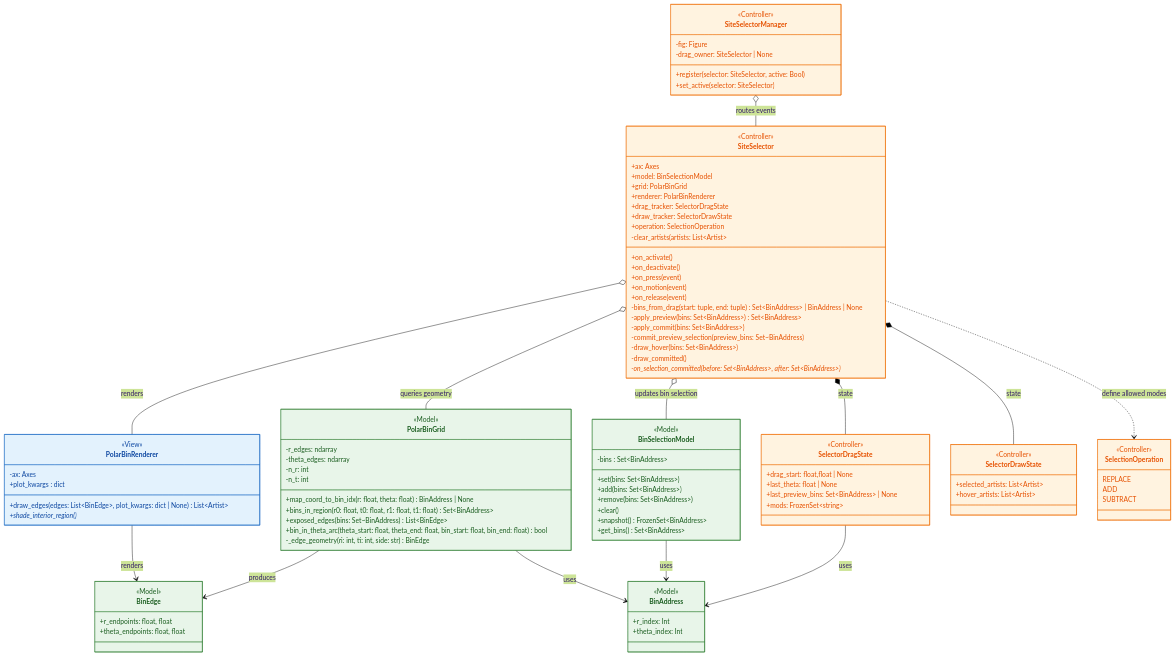
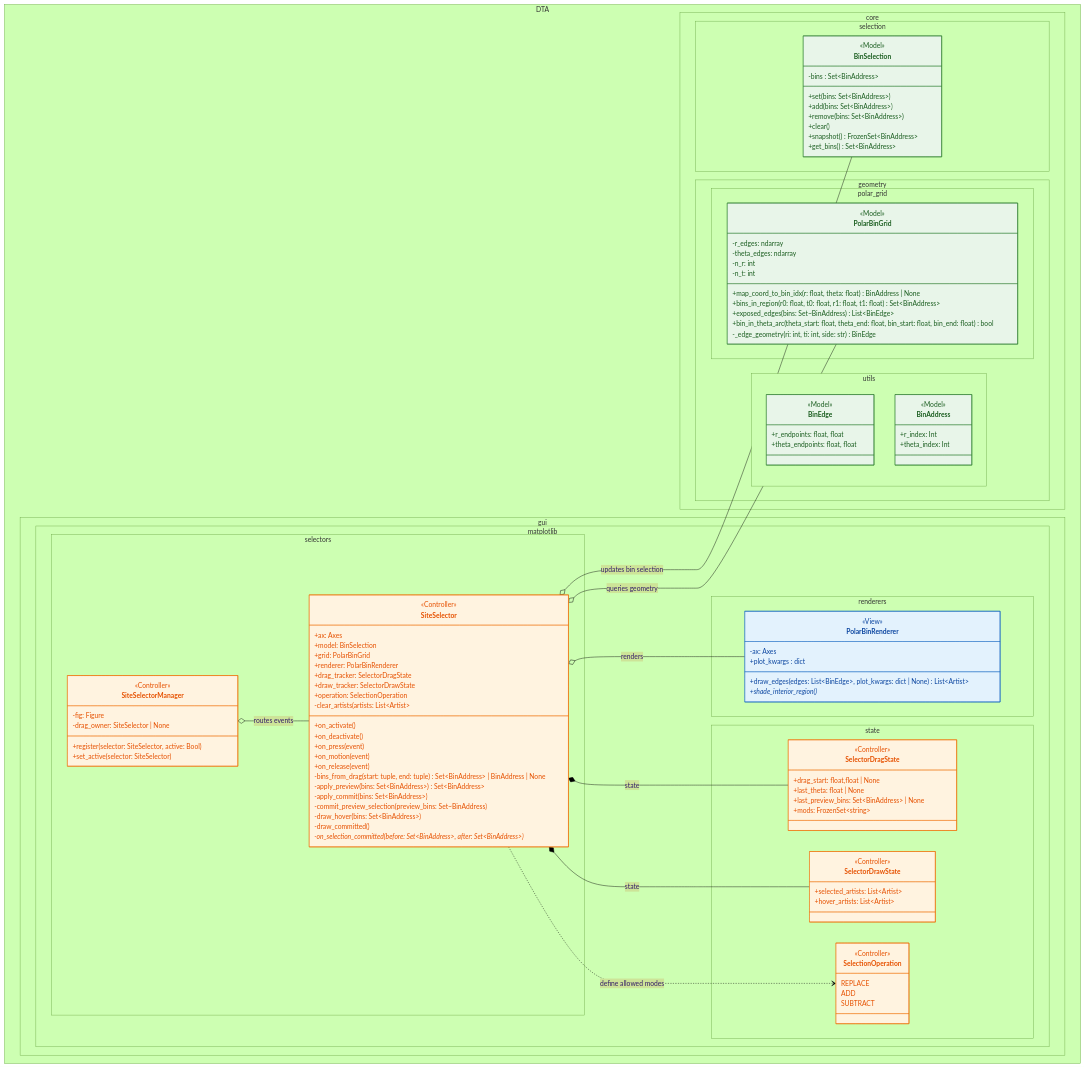
One commit to BranniganLab/density_threshold_affinity changed the first of 2 diagrams in python/DTA/gui/README.md. Above: the diagram before and after it, drawn with Mermaid (forest theme).

Commit message:
change class diagram

```diff
--- a/python/DTA/gui/README.md
+++ b/python/DTA/gui/README.md
@@ -45,7 +45,7 @@
 %% MVC Stereotypes
 %% =========================
 
-class BinSelectionModel:::model
+class BinSelection:::model
 class PolarBinGrid:::model
 class BinEdge:::model
 class BinAddress:::model
@@ -58,7 +58,7 @@
 class SelectorDrawState:::controller
 class SelectionOperation:::controller
 
-<<Model>> BinSelectionModel
+<<Model>> BinSelection
 <<Model>> PolarBinGrid
 <<Model>> BinEdge
 <<Model>> BinAddress
@@ -75,7 +75,8 @@
 %% =========================
 %% Model
 %% =========================
-class BinSelectionModel {
+namespace DTA.core.selection {
+class BinSelection {
     -bins : Set~BinAddress~
     +set(bins: Set~BinAddress~)
     +add(bins: Set~BinAddress~)
@@ -84,7 +85,9 @@
     +snapshot() FrozenSet~BinAddress~
     +get_bins() Set~BinAddress~
 }
+}
 
+namespace DTA.core.geometry.polar_grid {
 class PolarBinGrid {
     -r_edges: ndarray
     -theta_edges: ndarray
@@ -96,7 +99,9 @@
     +bin_in_theta_arc(theta_start: float, theta_end: float, bin_start: float, bin_end: float) bool
     -_edge_geometry(ri: int, ti: int, side: str) BinEdge
 }
+}
 
+namespace DTA.core.geometry.utils {
 class BinEdge {
     +r_endpoints: float, float
     +theta_endpoints: float, float
@@ -106,20 +111,24 @@
     +r_index: Int
     +theta_index: Int
 }
+}
 
 %% =========================
 %% View
 %% =========================
+namespace DTA.gui.matplotlib.renderers {
 class PolarBinRenderer {
     -ax: Axes
     +plot_kwargs : dict
     +draw_edges(edges: List~BinEdge~, plot_kwargs: dict | None) List~Artist~
     +shade_interior_region()*
 }
+}
 
 %% =========================
 %% Controller
 %% =========================
+namespace DTA.gui.matplotlib.state {
 class SelectionOperation {
     <<enumeration>>
     REPLACE
@@ -140,10 +149,12 @@
     +selected_artists: List~Artist~
     +hover_artists: List~Artist~
 }
+}
 
+namespace DTA.gui.matplotlib.selectors {
 class SiteSelector {
     +ax: Axes
-    +model: BinSelectionModel
+    +model: BinSelection
     +grid: PolarBinGrid
     +renderer: PolarBinRenderer
     +drag_tracker: SelectorDragState
@@ -170,20 +181,13 @@
     +register(selector: SiteSelector, active: Bool)
     +set_active(selector: SiteSelector)
 }
-
+}
 %% =========================
 %% Relationships
 %% =========================
 
-PolarBinRenderer --> BinEdge : renders
-PolarBinGrid --> BinEdge : produces
-
-PolarBinGrid --> BinAddress : uses
-BinSelectionModel --> BinAddress : uses
-SelectorDragState --> BinAddress : uses
-
 SiteSelector o-- PolarBinGrid : queries geometry
-SiteSelector o-- BinSelectionModel : updates bin selection
+SiteSelector o-- BinSelection : updates bin selection
 SiteSelector o-- PolarBinRenderer : renders
 SiteSelector *-- SelectorDragState : state
 SiteSelector *-- SelectorDrawState : state
```
